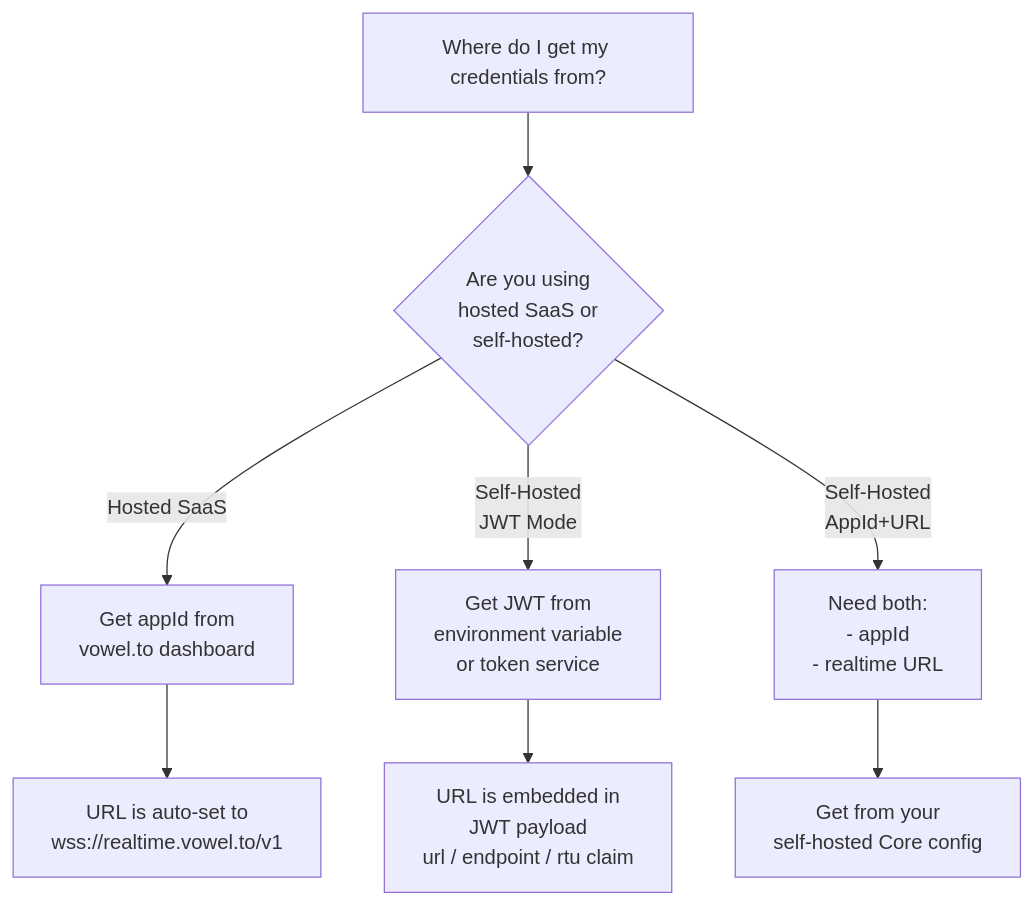
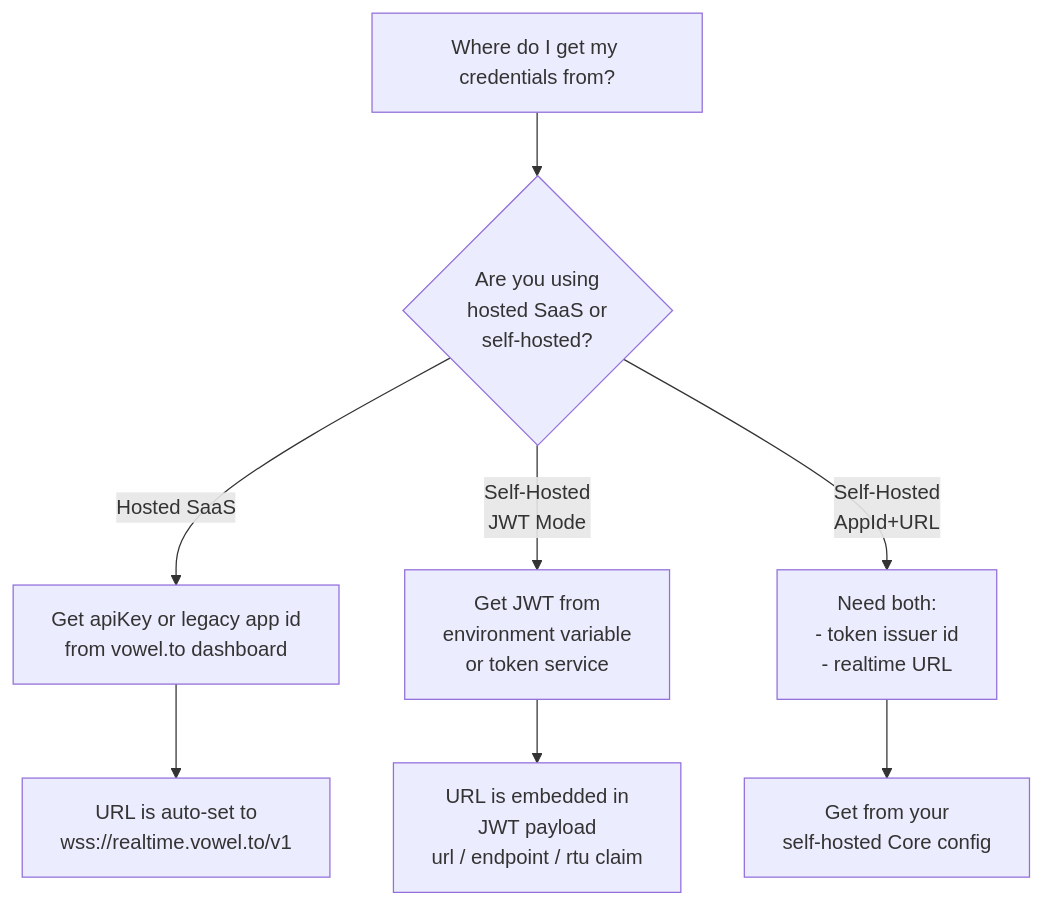
Before and after one commit to usevowel/skills: the diagram in skills/voweldocs/SKILL.md, drawn with Mermaid. The commit also changed other lines of this file and 7 other files, not shown here.

First line of the commit message:
docs(skills): sync with client apiKey, Vowel Engine naming, monorepo layout

````diff
--- a/skills/voweldocs/SKILL.md
+++ b/skills/voweldocs/SKILL.md
@@ -61,11 +61,11 @@
 ```mermaid
 flowchart TD
     A[Where do I get my credentials from?] --> B{Are you using<br/>hosted SaaS or<br/>self-hosted?}
-    B -->|Hosted SaaS| C[Get appId from<br/>vowel.to dashboard]
+    B -->|Hosted SaaS| C[Get apiKey or legacy app id<br/>from vowel.to dashboard]
     B -->|Self-Hosted<br/>JWT Mode| D[Get JWT from<br/>environment variable<br/>or token service]
-    B -->|Self-Hosted<br/>AppId+URL| E[Need both:<br/>- appId<br/>- realtime URL]
+    B -->|Self-Hosted<br/>AppId+URL| E[Need both:<br/>- token issuer id<br/>- realtime URL]
 
     C --> C1[URL is auto-set to<br/>wss://realtime.vowel.to/v1]
     D --> D1[URL is embedded in<br/>JWT payload<br/>url / endpoint / rtu claim]
     E --> E1[Get from your<br/>self-hosted Core config]
 ```
````
